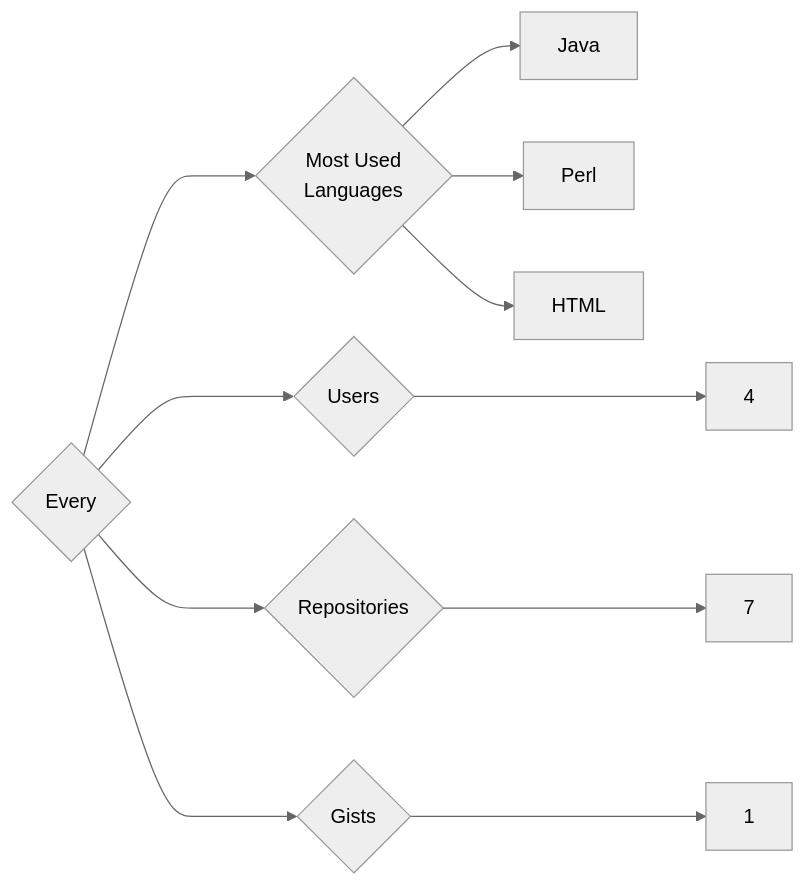
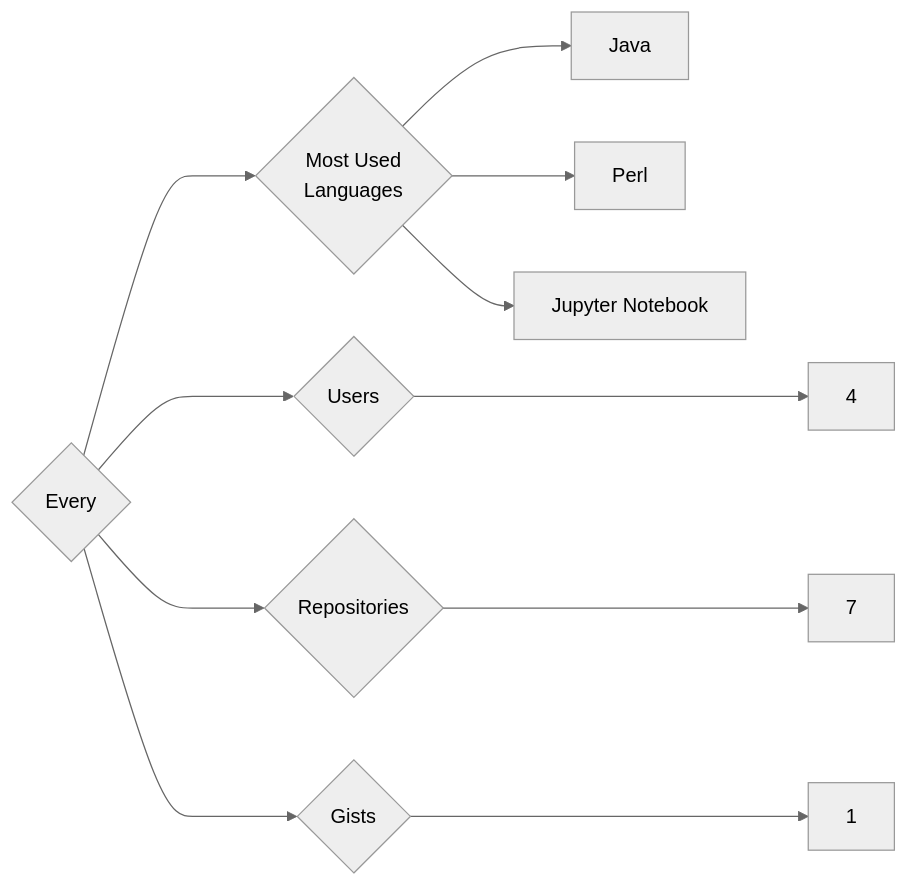
One commit to trickest/insiders changed the diagram in targets/Every/README.md. Above: the diagram before and after it, drawn with Mermaid (neutral theme). The commit also changed 636 other files, not shown here.

````diff
--- a/targets/Every/README.md
+++ b/targets/Every/README.md
@@ -3,11 +3,11 @@
 ```mermaid
 graph LR
 COMPANY_NAME{Every}
 COMPANY_NAME ---> U{Users} ---> UN[4]
 COMPANY_NAME ---> R{Repositories} ---> RN[7]
 COMPANY_NAME ---> G{Gists} ---> GN[1]
 COMPANY_NAME ---> ML{Most Used<br>Languages}
 ML --> Java[Java]
 ML --> Perl[Perl]
-ML --> HTML[HTML]
+ML --> Jupyter_Notebook[Jupyter Notebook]
 ```
````
